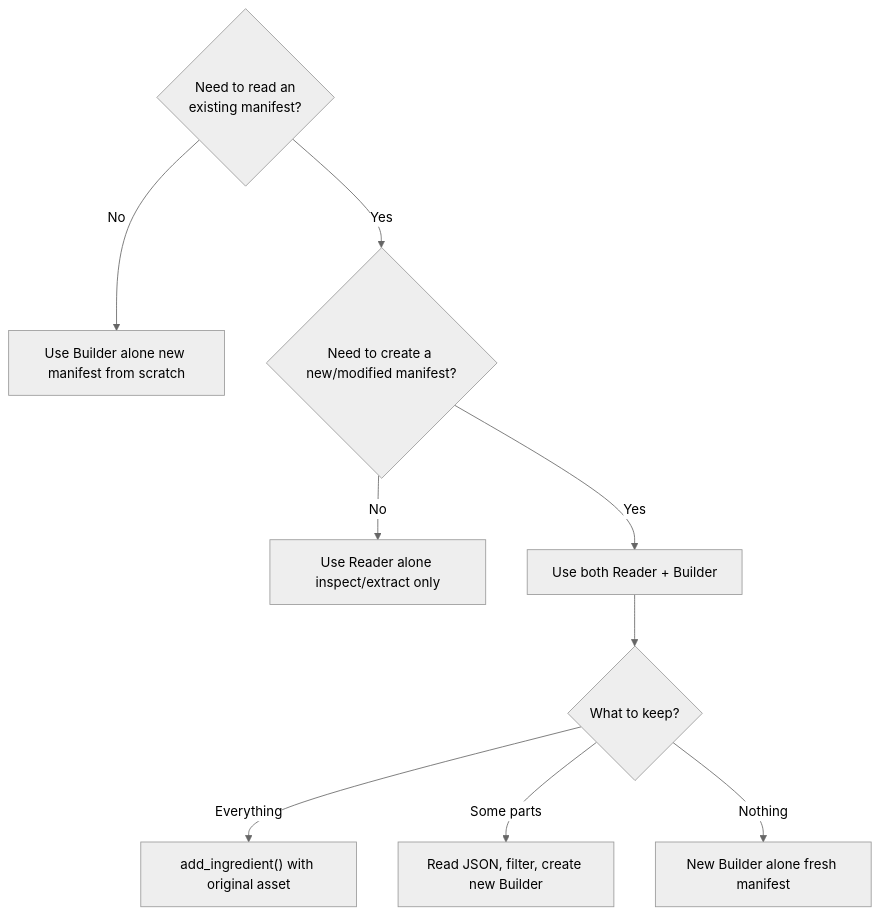
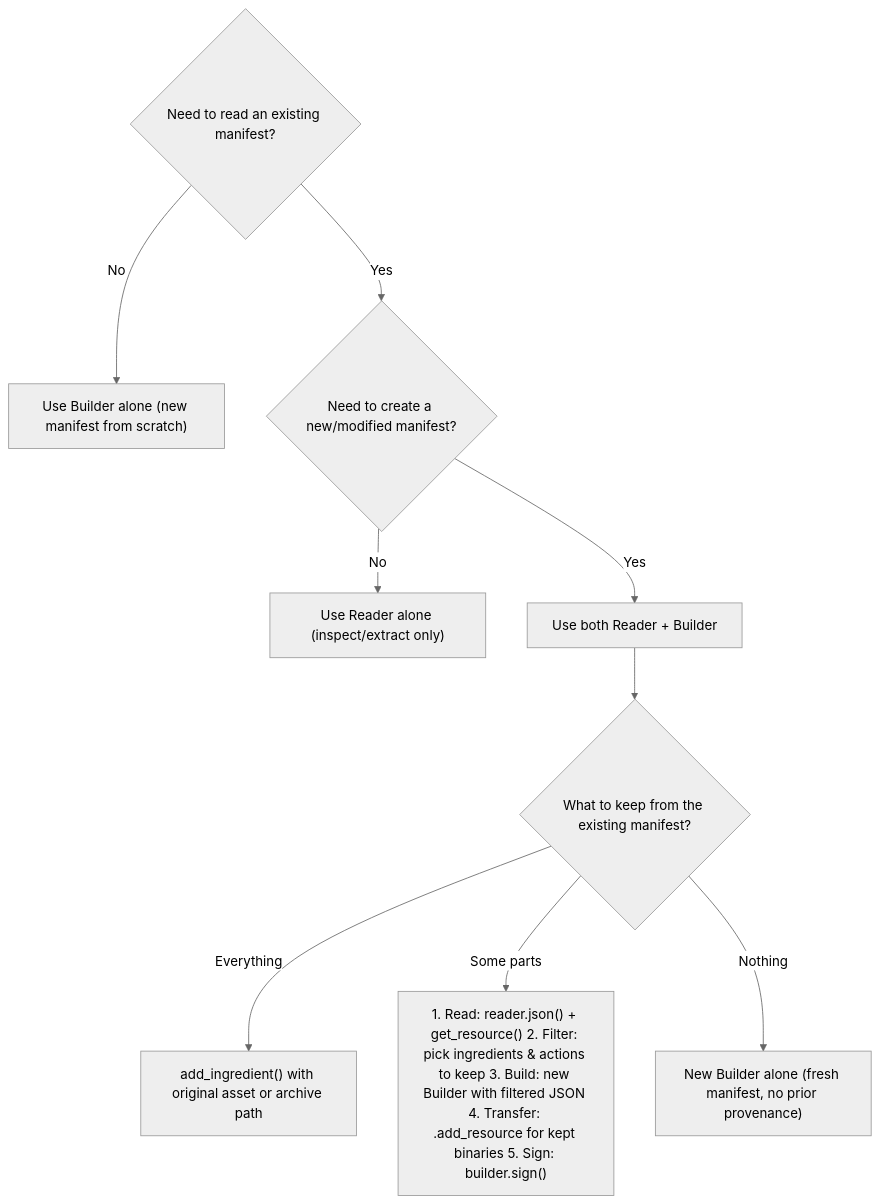
One commit to contentauth/c2pa-c changed the ninth of 9 diagrams in docs/selective-manifests.md. Above: the diagram before and after it, drawn with Mermaid (neutral theme). The commit also changed other lines of this file and 1 other file, not shown here.

````diff
--- a/docs/selective-manifests.md
+++ b/docs/selective-manifests.md
@@ -588,12 +1184,12 @@
 ```mermaid
 flowchart TD
-    Q1{Need to read an\nexisting manifest?}
-    Q1 -->|No| USE_B[Use Builder alone new manifest from scratch]
+    Q1{Need to read an existing manifest?}
+    Q1 -->|No| USE_B["Use Builder alone (new manifest from scratch)"]
     Q1 -->|Yes| Q2{Need to create a new/modified manifest?}
-    Q2 -->|No| USE_R[Use Reader alone inspect/extract only]
+    Q2 -->|No| USE_R["Use Reader alone (inspect/extract only)"]
     Q2 -->|Yes| USE_BR[Use both Reader + Builder]
-    USE_BR --> Q3{What to keep?}
-    Q3 -->|Everything| P1["add_ingredient() with original asset"]
-    Q3 -->|Some parts| P2["Read JSON, filter, create new Builder"]
-    Q3 -->|Nothing| P3["New Builder alone fresh manifest"]
+    USE_BR --> Q3{What to keep from the existing manifest?}
+    Q3 -->|Everything| P1["add_ingredient() with original asset or archive path"]
+    Q3 -->|Some parts| P2["1. Read: reader.json() + get_resource() 2. Filter: pick ingredients & actions to keep 3. Build: new Builder with filtered JSON 4. Transfer: .add_resource for kept binaries 5. Sign: builder.sign()"]
+    Q3 -->|Nothing| P3["New Builder alone (fresh manifest, no prior provenance)"]
 ```
````
